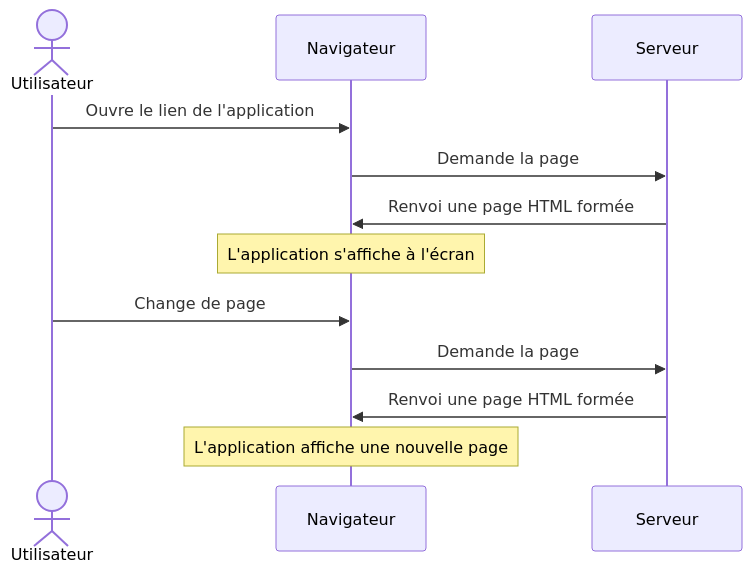
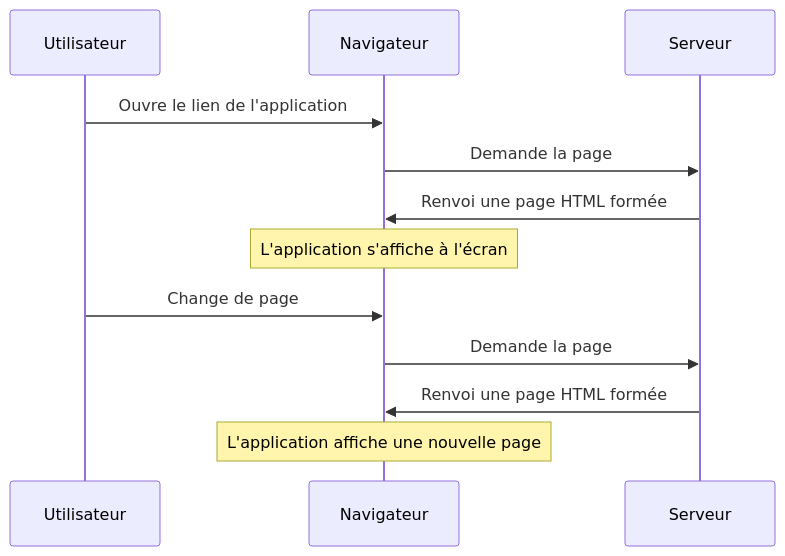
One commit to QuentinWidlocher/notes changed the second of 6 diagrams in in-progress/le-server-side-rendering.md. Above: the diagram before and after it, drawn with Mermaid. The commit also changed other lines of this file, not shown here.

Commit message:
🐛 Fix mermaid

````diff
--- a/in-progress/le-server-side-rendering.md
+++ b/in-progress/le-server-side-rendering.md
@@ -72,14 +72,14 @@
 ```mermaid
 sequenceDiagram
-    actor Utilisateur
+    participant Utilisateur
     participant Navigateur
     participant Serveur
     Utilisateur->>Navigateur: Ouvre le lien de l'application
     Navigateur->>Serveur: Demande la page
     Serveur->>Navigateur: Renvoi une page HTML formée
     Note over Navigateur: L'application s'affiche à l'écran
     Utilisateur->>Navigateur: Change de page
     Navigateur->>Serveur: Demande la page
     Serveur->>Navigateur: Renvoi une page HTML formée
     Note over Navigateur: L'application affiche une nouvelle page
 ```
````
